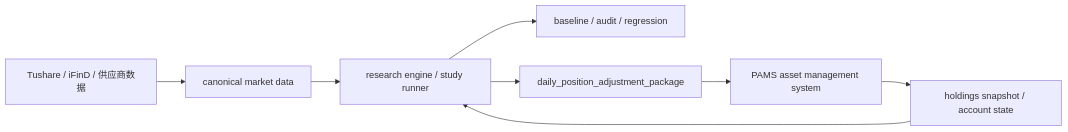
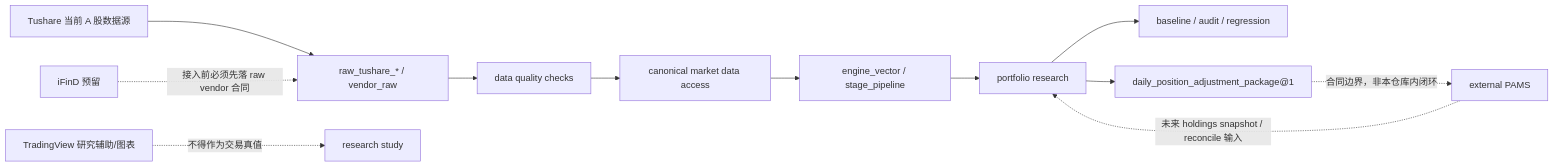
One commit to hzfzzzi-ui/backtest-v2-standalone changed the diagram in README.md. Above: the diagram before and after it, drawn with Mermaid. The commit also changed other lines of this file and 9 other files, not shown here.

````diff
--- a/README.md
+++ b/README.md
@@ -45,10 +47,14 @@
 ```mermaid
 flowchart LR
-  Data["Tushare / iFinD / 供应商数据"] --> Market["canonical market data"]
-  Market --> Research["research engine / study runner"]
-  Research --> Baseline["baseline / audit / regression"]
-  Research --> Package["daily_position_adjustment_package"]
-  Package --> PAMS["PAMS asset management system"]
-  PAMS --> Holdings["holdings snapshot / account state"]
-  Holdings --> Research
+  Tushare["Tushare 当前 A 股数据源"] --> Raw["raw_tushare_* / vendor_raw"]
+  IFIND["iFinD 预留"] -.接入前必须先落 raw vendor 合同.-> Raw
+  TV["TradingView 研究辅助/图表"] -.不得作为交易真值.-> Study["research study"]
+  Raw --> Quality["data quality checks"]
+  Quality --> Canonical["canonical market data access"]
+  Canonical --> Engine["engine_vector / stage_pipeline"]
+  Engine --> Portfolio["portfolio research"]
+  Portfolio --> Baseline["baseline / audit / regression"]
+  Portfolio --> Package["daily_position_adjustment_package@1"]
+  Package -.合同边界，非本仓库内闭环.-> PAMS["external PAMS"]
+  PAMS -.未来 holdings snapshot / reconcile 输入.-> Portfolio
 ```
````
